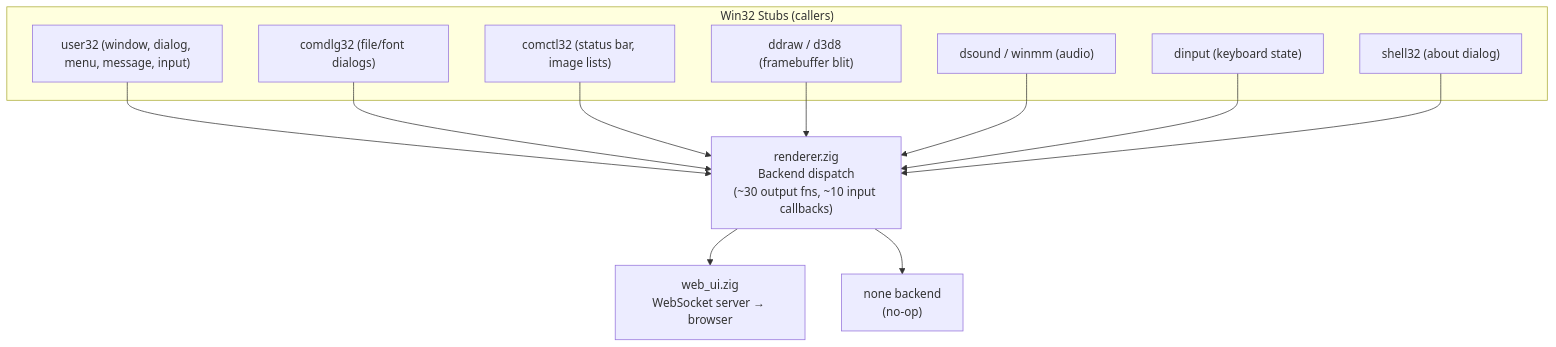
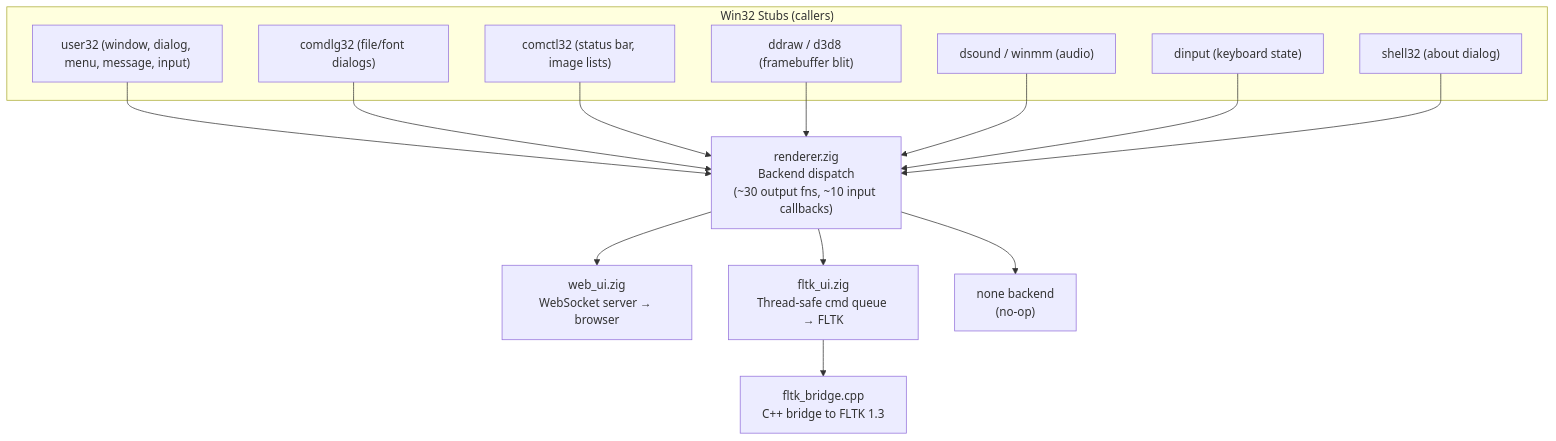
Before and after one commit to maci0/zine: the diagram in docs/FLTK_PLAN.md, drawn with Mermaid. The commit also changed other lines of this file and 60 other files, not shown here.

````diff
--- a/docs/FLTK_PLAN.md
+++ b/docs/FLTK_PLAN.md
@@ -15,27 +15,31 @@
 ```mermaid
 graph TD
     subgraph "Win32 Stubs (callers)"
         U32["user32 (window, dialog, menu, message, input)"]
         COM["comdlg32 (file/font dialogs)"]
         CTL["comctl32 (status bar, image lists)"]
         DD["ddraw / d3d8 (framebuffer blit)"]
         DS["dsound / winmm (audio)"]
         DI["dinput (keyboard state)"]
         SH["shell32 (about dialog)"]
     end
 
     R["renderer.zig<br/>Backend dispatch<br/>(~30 output fns, ~10 input callbacks)"]
 
     WEB["web_ui.zig<br/>WebSocket server → browser"]
+    FLTK_UI["fltk_ui.zig<br/>Thread-safe cmd queue → FLTK"]
+    FLTK_BRIDGE["fltk_bridge.cpp<br/>C++ bridge to FLTK 1.3"]
     NONE["none backend<br/>(no-op)"]
 
     U32 --> R
     COM --> R
     CTL --> R
     DD --> R
     DS --> R
     DI --> R
     SH --> R
     R --> WEB
+    R --> FLTK_UI
     R --> NONE
+    FLTK_UI --> FLTK_BRIDGE
 ```
````
